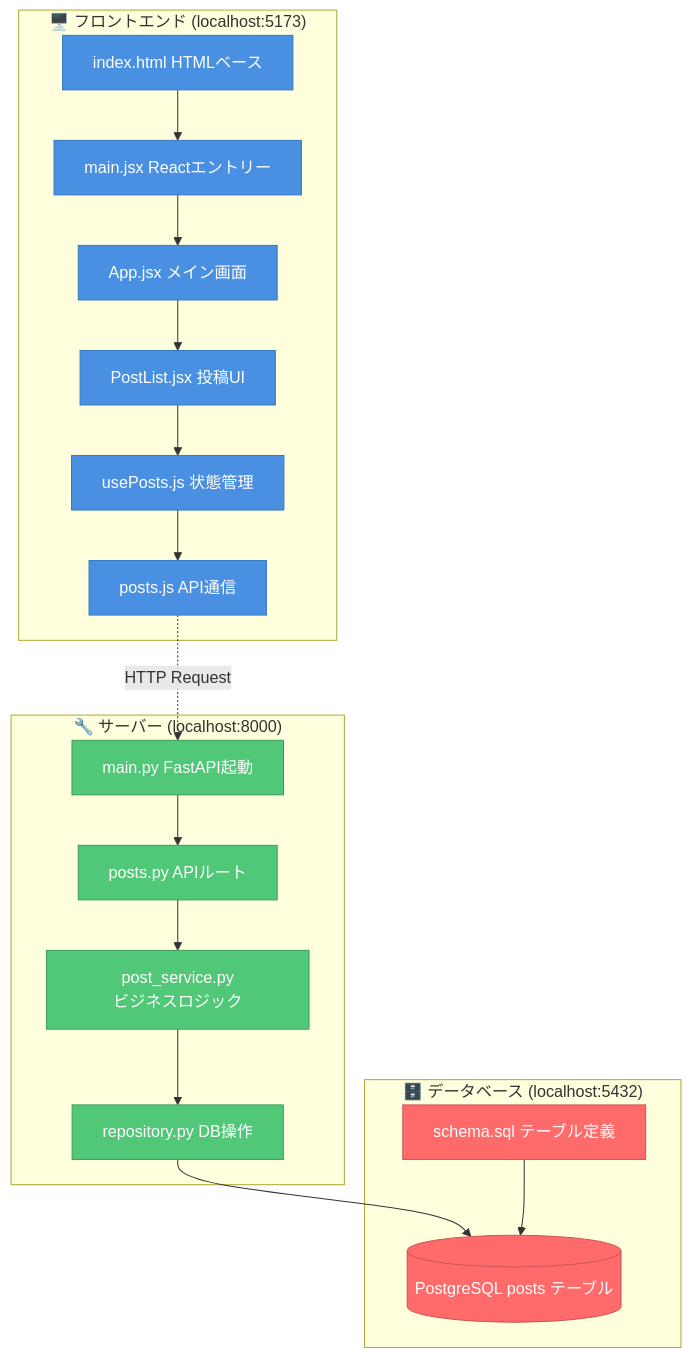
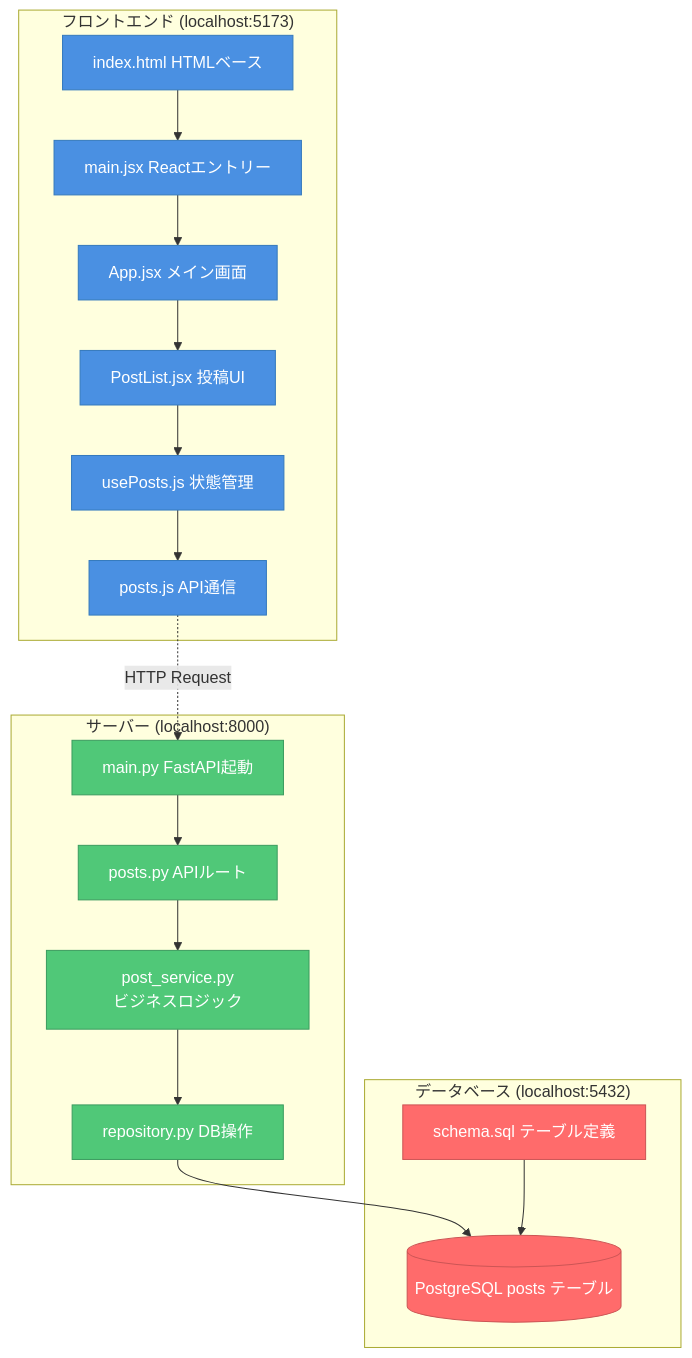
Before and after one commit to KITA-DS12/web-app-simple: the first of 29 diagrams in lecture-materials.md, drawn with Mermaid. The commit also changed other lines of this file, not shown here.

````diff
--- a/lecture-materials.md
+++ b/lecture-materials.md
@@ -81,45 +81,45 @@
 ```mermaid
 graph TB
-    subgraph "🖥️ フロントエンド (localhost:5173)"
+    subgraph "フロントエンド (localhost:5173)"
         HTML["index.html#10;HTMLベース"]
         MAIN["main.jsx#10;Reactエントリー"]
         APP["App.jsx#10;メイン画面"]
         POST["PostList.jsx#10;投稿UI"]
         HOOK["usePosts.js#10;状態管理"]
         API["posts.js#10;API通信"]
     end
 
-    subgraph "🔧 サーバー (localhost:8000)"
+    subgraph "サーバー (localhost:8000)"
         FASTAPI["main.py#10;FastAPI起動"]
         ROUTE["posts.py#10;APIルート"]
         SERVICE["post_service.py#10;ビジネスロジック"]
         REPO["repository.py#10;DB操作"]
     end
 
-    subgraph "🗄️ データベース (localhost:5432)"
+    subgraph "データベース (localhost:5432)"
         DB[("PostgreSQL#10;posts テーブル")]
         SCHEMA["schema.sql#10;テーブル定義"]
     end
 
     HTML --> MAIN
     MAIN --> APP
     APP --> POST
     POST --> HOOK
     HOOK --> API
-    
+
     API -.->|HTTP Request| FASTAPI
     FASTAPI --> ROUTE
     ROUTE --> SERVICE
     SERVICE --> REPO
     REPO --> DB
-    
+
     SCHEMA --> DB
-    
+
     classDef frontend fill:#4A90E2,stroke:#357ABD,color:#FFFFFF
     classDef backend fill:#50C878,stroke:#3B9C5F,color:#FFFFFF
     classDef database fill:#FF6B6B,stroke:#CC5555,color:#FFFFFF
-    
+
     class HTML,MAIN,APP,POST,HOOK,API frontend
     class FASTAPI,ROUTE,SERVICE,REPO backend
     class DB,SCHEMA database
 ```
````
